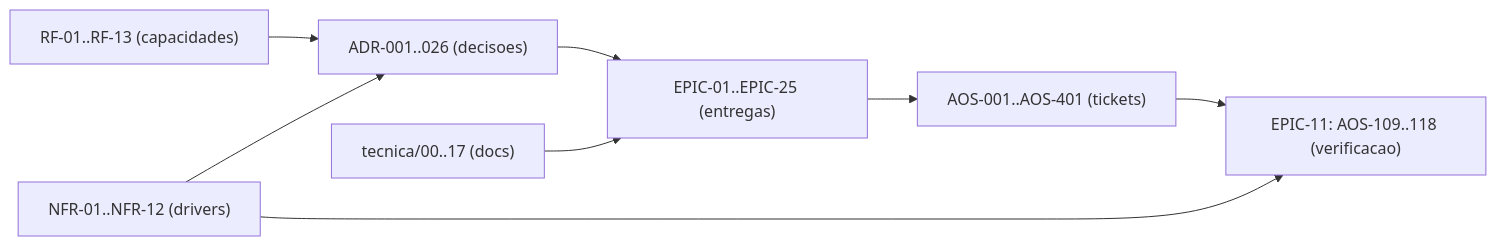
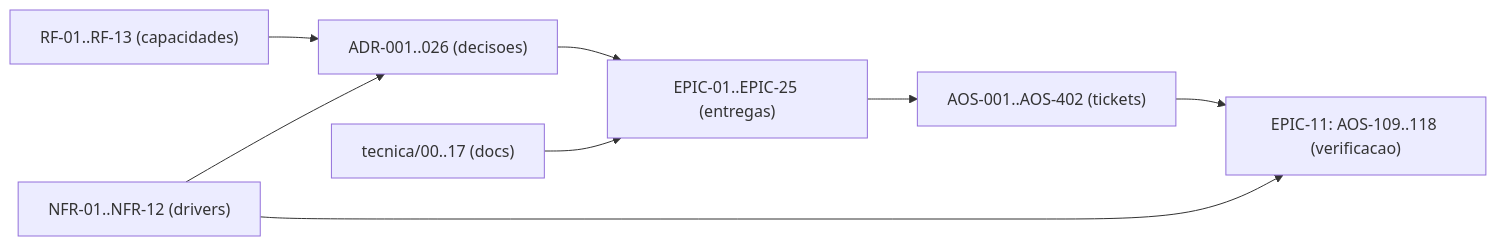
Before and after one commit to albinoJimy/aos: the diagram in tecnica/16_Rastreabilidade_RTM.md, drawn with Mermaid. The commit also changed other lines of this file and 11 other files, not shown here.

````diff
--- a/tecnica/16_Rastreabilidade_RTM.md
+++ b/tecnica/16_Rastreabilidade_RTM.md
@@ -185,10 +185,10 @@
 ```mermaid
 flowchart LR
     RF["RF-01..RF-13 (capacidades)"] --> ADR["ADR-001..026 (decisoes)"]
     NFR["NFR-01..NFR-12 (drivers)"] --> ADR
     ADR --> EPIC["EPIC-01..EPIC-25 (entregas)"]
-    EPIC --> TICK["AOS-001..AOS-401 (tickets)"]
+    EPIC --> TICK["AOS-001..AOS-402 (tickets)"]
     DOC["tecnica/00..17 (docs)"] --> EPIC
     TICK --> TEST["EPIC-11: AOS-109..118 (verificacao)"]
     NFR --> TEST
 ```
````
